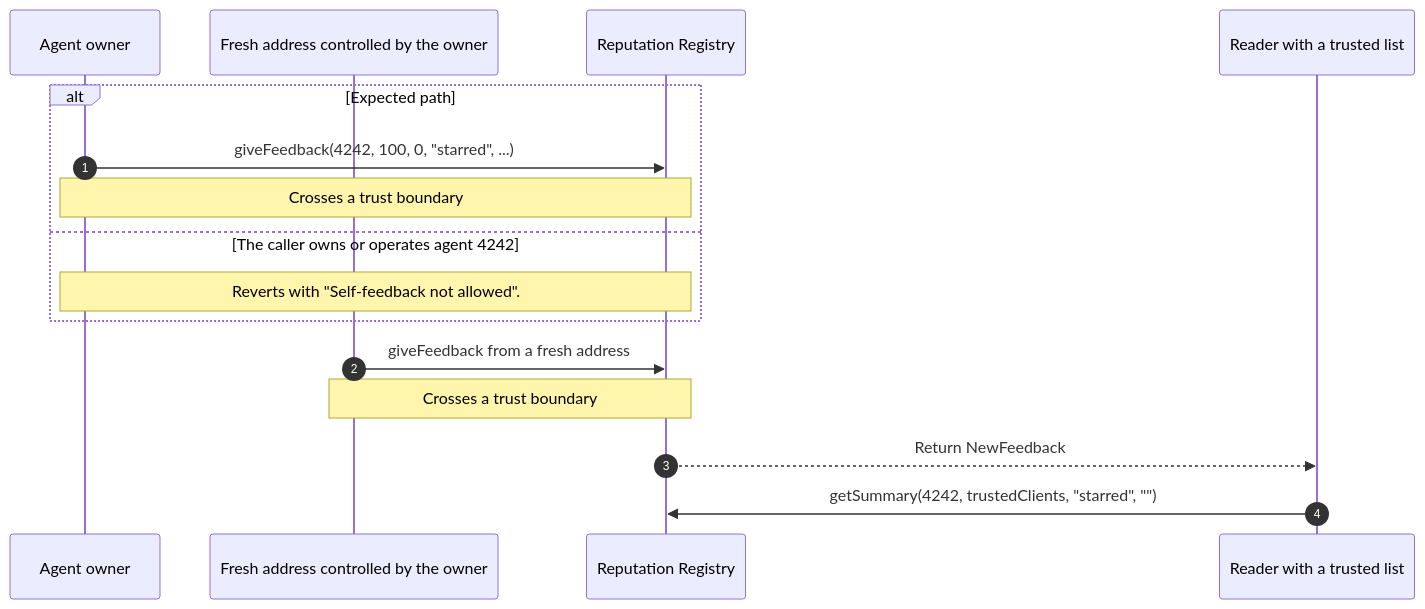
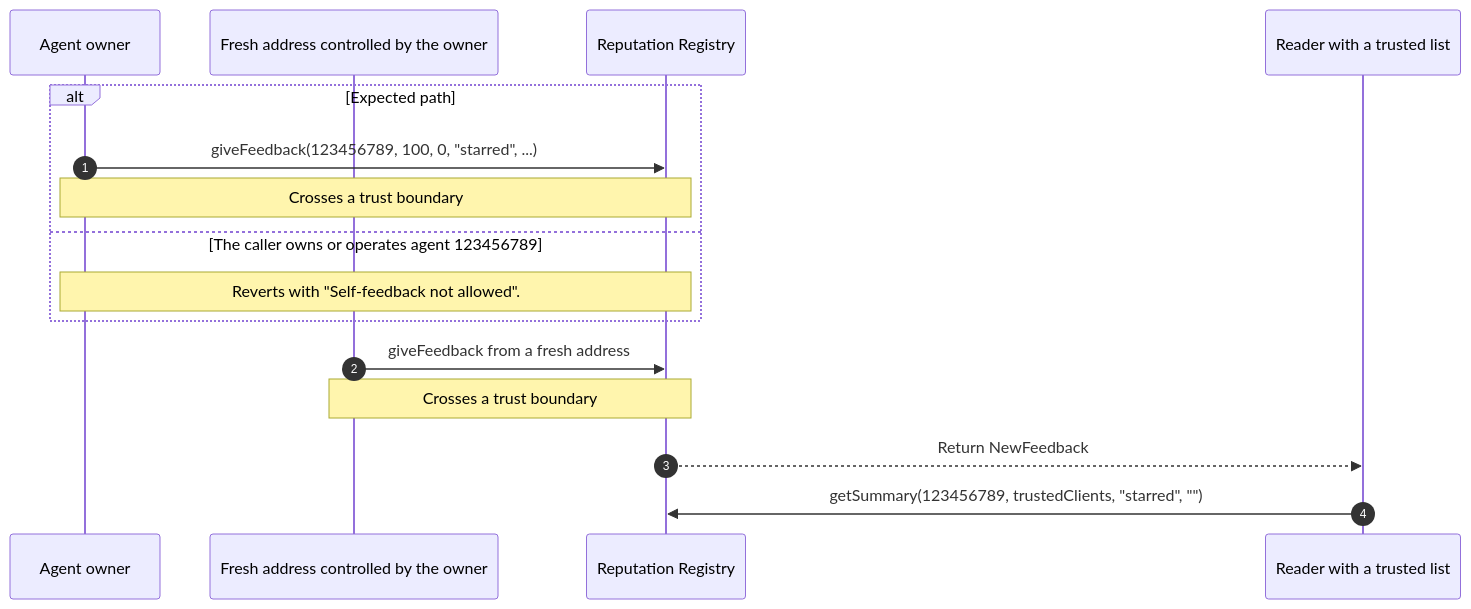
One commit to mercesAI/agentic-rails-atlas changed the diagram in src/generated/mermaid/erc-8004-failure-self-feedback.mmd. Above: the diagram before and after it, drawn with Mermaid. The commit also changed 124 other files, not shown here.

```diff
--- a/src/generated/mermaid/erc-8004-failure-self-feedback.mmd
+++ b/src/generated/mermaid/erc-8004-failure-self-feedback.mmd
@@ -1,18 +1,18 @@
 sequenceDiagram
   accTitle: ERC-8004 failure: self-feedback and the fresh-address loophole
-  accDescr: Sequence diagram: ERC-8004 failure: self-feedback and the fresh-address loophole. 4 participants: Agent owner, Fresh address controlled by the owner, Reputation Registry, and Reader with a trusted list. 4 steps, 2 crossing a trust boundary, 1 failure branch. Based on erc-8004 Draft (text of 2026-01-25) (2026-01-25). Step 1: Agent owner to Reputation Registry: giveFeedback(4242, 100, 0, starred,...). This step crosses a trust boundary. If The caller owns or operates agent 4242: Reverts with Self-feedback not allowed. Step 2: Fresh address controlled by the owner to Reputation Registry: giveFeedback from a fresh address. This step crosses a trust boundary. Step 3: Reputation Registry to Reader with a trusted list: Return NewFeedback. Step 4: Reader with a trusted list to Reputation Registry: getSummary(4242, trustedClients, starred, ).
+  accDescr: Sequence diagram: ERC-8004 failure: self-feedback and the fresh-address loophole. 4 participants: Agent owner, Fresh address controlled by the owner, Reputation Registry, and Reader with a trusted list. 4 steps, 2 crossing a trust boundary, 1 failure branch. Based on erc-8004 Draft (text of 2026-01-25) (2026-01-25). Step 1: Agent owner to Reputation Registry: giveFeedback(123456789, 100, 0, starred,...). This step crosses a trust boundary. If The caller owns or operates agent 123456789: Reverts with Self-feedback not allowed. Step 2: Fresh address controlled by the owner to Reputation Registry: giveFeedback from a fresh address. This step crosses a trust boundary. Step 3: Reputation Registry to Reader with a trusted list: Return NewFeedback. Step 4: Reader with a trusted list to Reputation Registry: getSummary(123456789, trustedClients, starred, ).
   autonumber
   participant p_owner as Agent owner
   participant p_sock as Fresh address controlled by the owner
   participant p_reputation as Reputation Registry
   participant p_reader as Reader with a trusted list
   alt Expected path
-    p_owner->>p_reputation: giveFeedback(4242, 100, 0, #quot;starred#quot;, ...)
+    p_owner->>p_reputation: giveFeedback(123456789, 100, 0, #quot;starred#quot;, ...)
     Note over p_owner,p_reputation: Crosses a trust boundary
-  else The caller owns or operates agent 4242
+  else The caller owns or operates agent 123456789
     Note over p_owner,p_reputation: Reverts with #quot;Self-feedback not allowed#quot;.
   end
   p_sock->>p_reputation: giveFeedback from a fresh address
   Note over p_sock,p_reputation: Crosses a trust boundary
   p_reputation-->>p_reader: Return NewFeedback
-  p_reader->>p_reputation: getSummary(4242, trustedClients, #quot;starred#quot;, #quot;#quot;)
+  p_reader->>p_reputation: getSummary(123456789, trustedClients, #quot;starred#quot;, #quot;#quot;)
```
